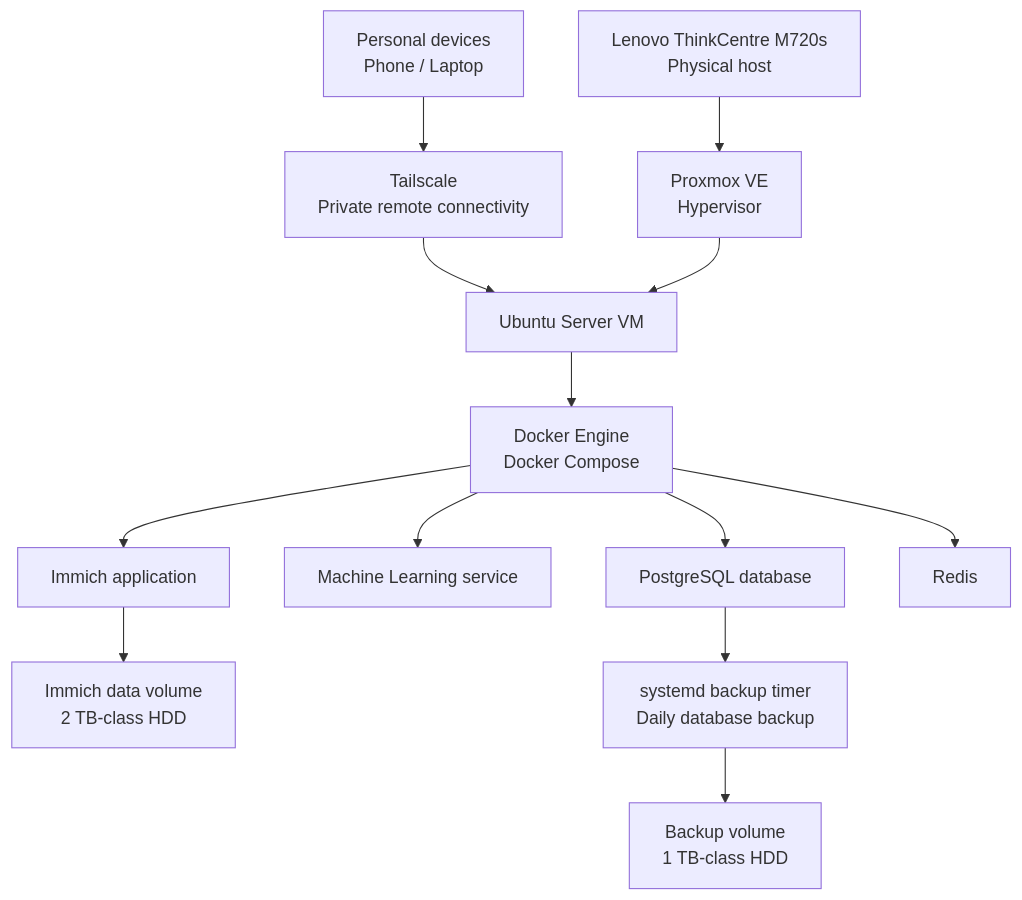
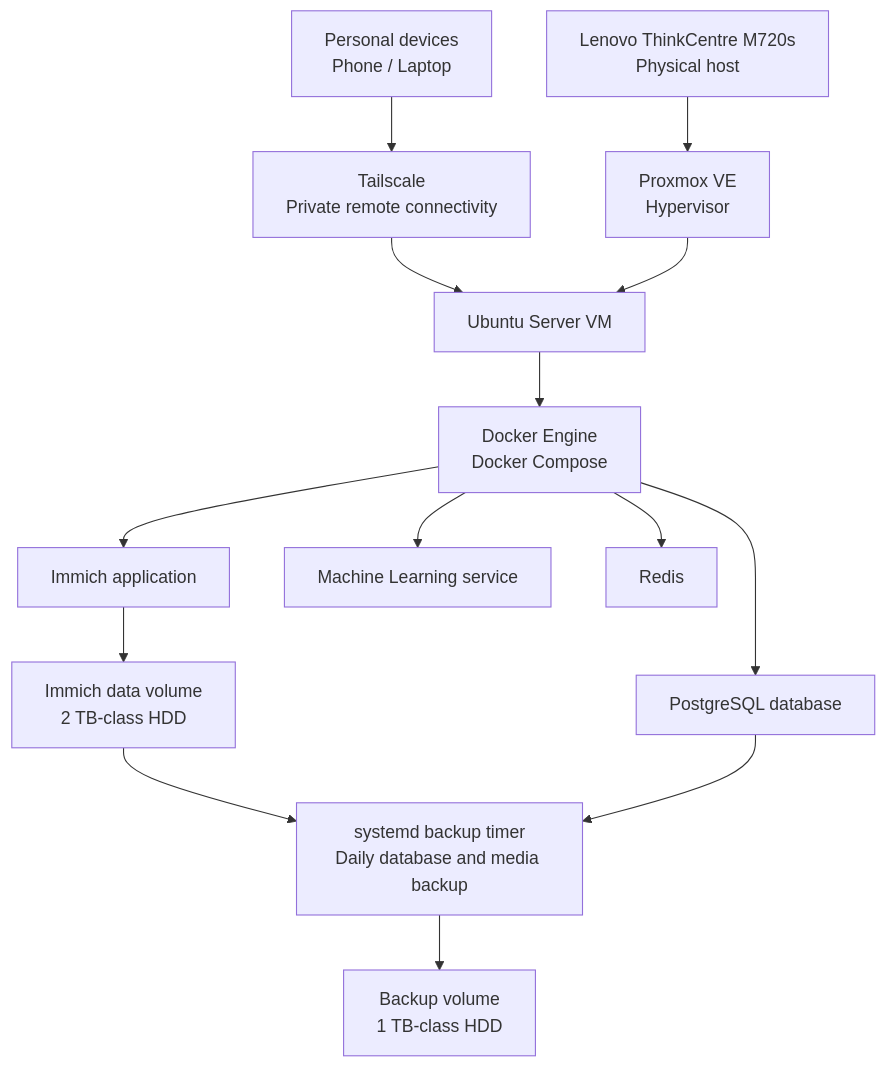
The diagram in docs/architecture.md (salahkasli/salah-private-cloud), drawn with Mermaid before and after one commit. The commit also changed other lines of this file, not shown here.

Commit message:
docs: update architecture backup and validation status

````diff
--- a/docs/architecture.md
+++ b/docs/architecture.md
@@ -21,29 +21,30 @@
 ```mermaid
 flowchart TB
     DEV["Personal devices<br/>Phone / Laptop"]
     TS["Tailscale<br/>Private remote connectivity"]
     HOST["Lenovo ThinkCentre M720s<br/>Physical host"]
     PVE["Proxmox VE<br/>Hypervisor"]
     VM["Ubuntu Server VM"]
     DOCKER["Docker Engine<br/>Docker Compose"]
     IMMICH["Immich application"]
     ML["Machine Learning service"]
     DB["PostgreSQL database"]
     REDIS["Redis"]
     DATA["Immich data volume<br/>2 TB-class HDD"]
     BACKUP["Backup volume<br/>1 TB-class HDD"]
-    TIMER["systemd backup timer<br/>Daily database backup"]
+    TIMER["systemd backup timer<br/>Daily database and media backup"]
 
     DEV --> TS
     TS --> VM
     HOST --> PVE
     PVE --> VM
     VM --> DOCKER
     DOCKER --> IMMICH
     DOCKER --> ML
     DOCKER --> DB
     DOCKER --> REDIS
     IMMICH --> DATA
+    DATA --> TIMER
     DB --> TIMER
     TIMER --> BACKUP
 ```
````
